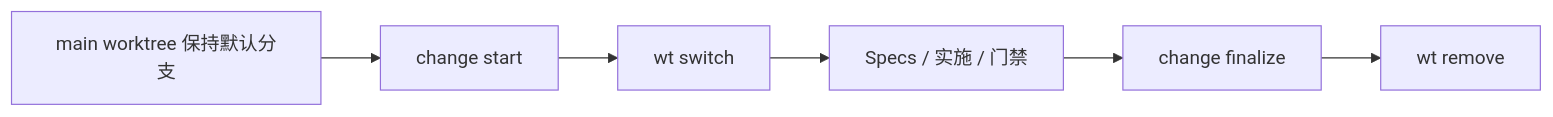
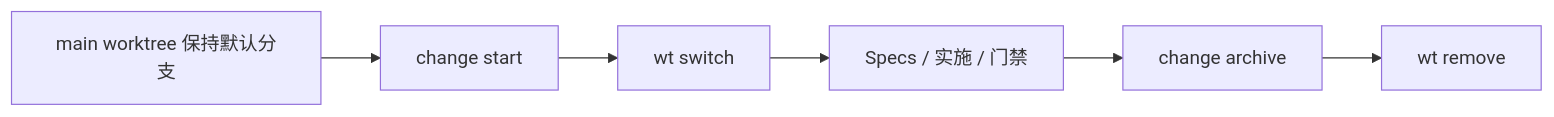
One commit to StrayDragon/llman-sdd changed the third of 3 diagrams in llmanspec/AGENTS.md. Above: the diagram before and after it, drawn with Mermaid. The commit also changed other lines of this file and 77 other files, not shown here.

````diff
--- a/llmanspec/AGENTS.md
+++ b/llmanspec/AGENTS.md
@@ -167,8 +167,8 @@
 ```mermaid
 flowchart LR
   main["main worktree 保持默认分支"] --> start["change start"]
   start --> sw["wt switch"]
   sw --> impl["Specs / 实施 / 门禁"]
-  impl --> fin["change finalize"]
+  impl --> fin["change archive"]
   fin --> rm["wt remove"]
 ```
````
